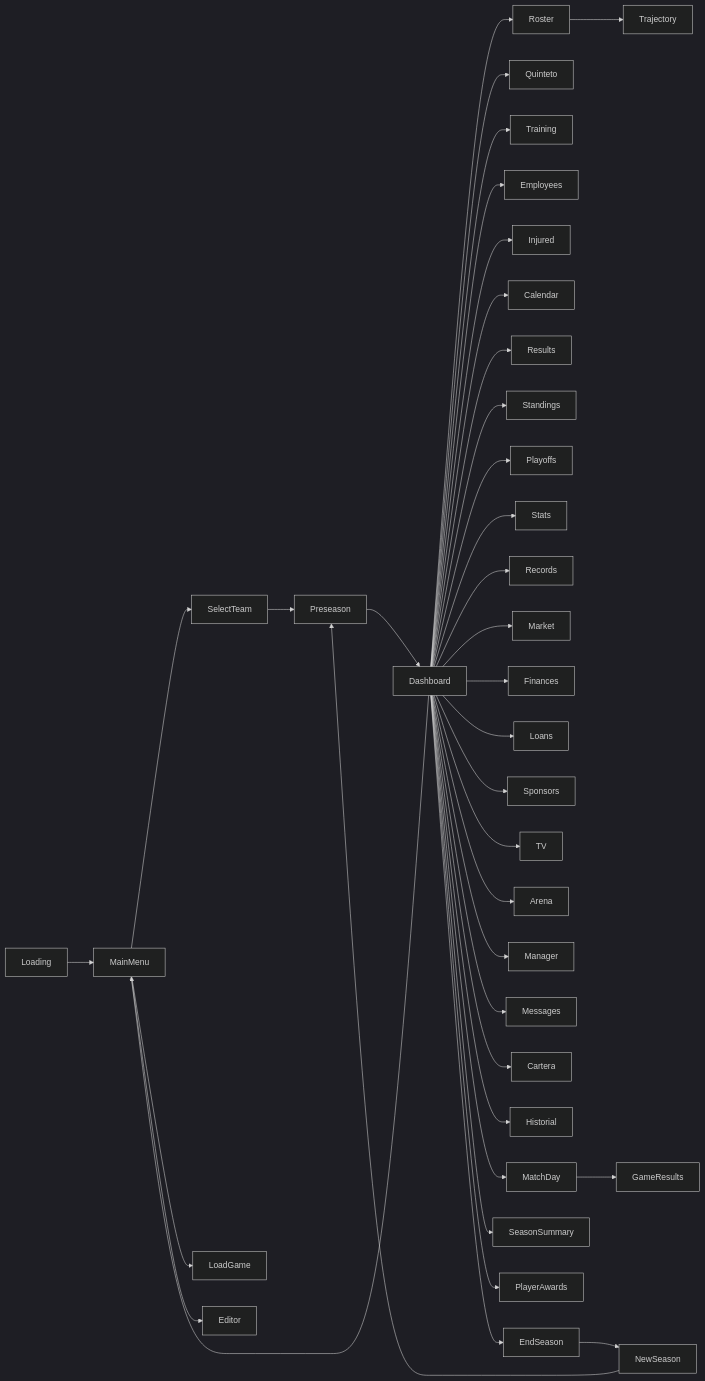
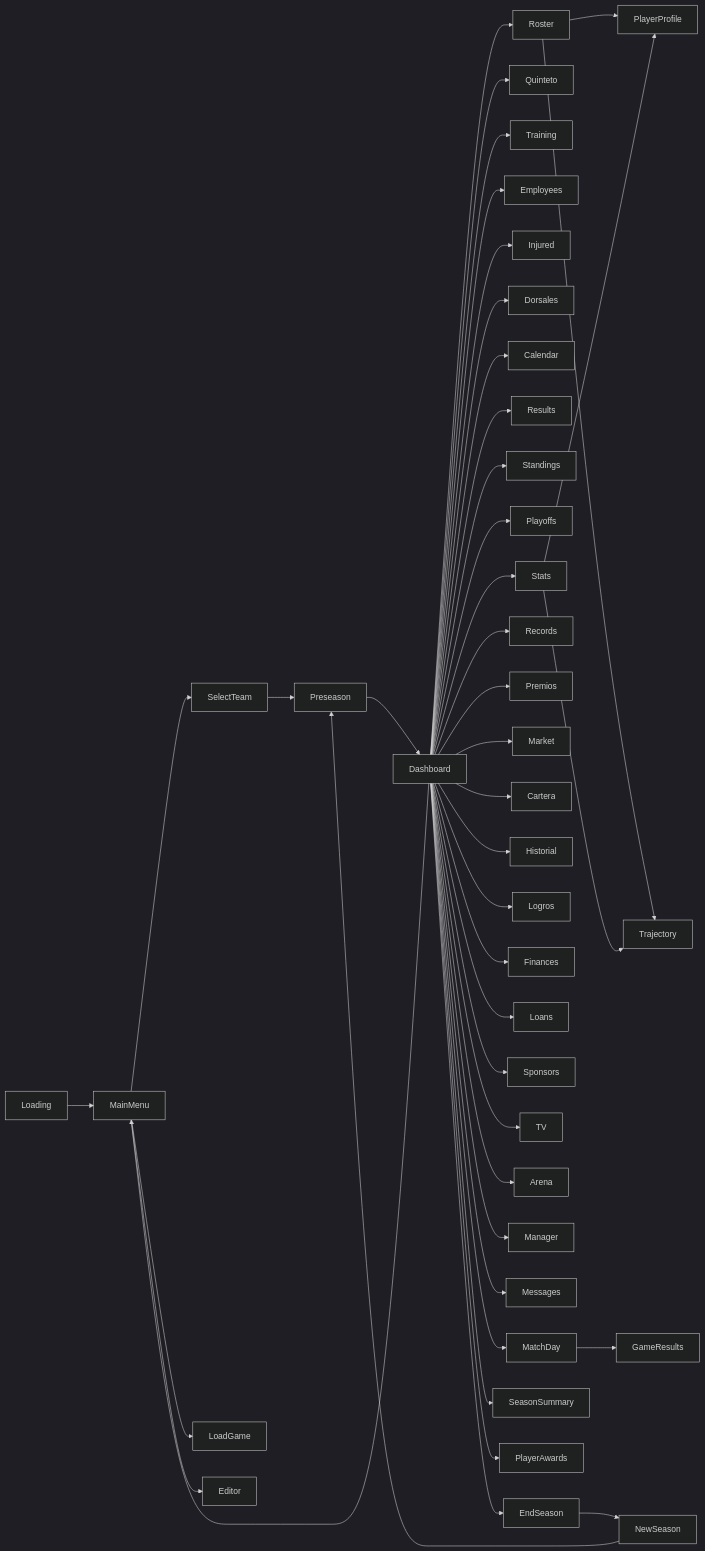
One commit to BuitragoDev/tactical-five-unity changed the first of 2 diagrams in Docs/ARCHITECTURE.md. Above: the diagram before and after it, drawn with Mermaid (dark theme). The commit also changed other lines of this file and 20 other files, not shown here.

````diff
--- a/Docs/ARCHITECTURE.md
+++ b/Docs/ARCHITECTURE.md
@@ -110,18 +117,18 @@
 ```mermaid
 flowchart LR
     Loading --> MainMenu
     MainMenu --> SelectTeam
     MainMenu --> LoadGame
     MainMenu --> Editor
     SelectTeam --> Preseason
     Preseason --> Dashboard
-    Dashboard --> Roster & Quinteto & Training & Employees & Injured
-    Dashboard --> Calendar & Results & Standings & Playoffs & Stats & Records
-    Dashboard --> Market & Finances & Loans & Sponsors & TV & Arena & Manager & Messages
-    Dashboard --> Cartera & Historial
+    Dashboard --> Roster & Quinteto & Training & Employees & Injured & Dorsales
+    Dashboard --> Calendar & Results & Standings & Playoffs & Stats & Records & Premios
+    Dashboard --> Market & Cartera & Historial & Logros
+    Dashboard --> Finances & Loans & Sponsors & TV & Arena & Manager & Messages
     Dashboard --> MatchDay --> GameResults
     Dashboard --> SeasonSummary & PlayerAwards & EndSeason
     EndSeason --> NewSeason --> Preseason
-    Roster --> Trajectory
+    Roster & Stats --> PlayerProfile & Trajectory
     Dashboard --> MainMenu
 ```
````
